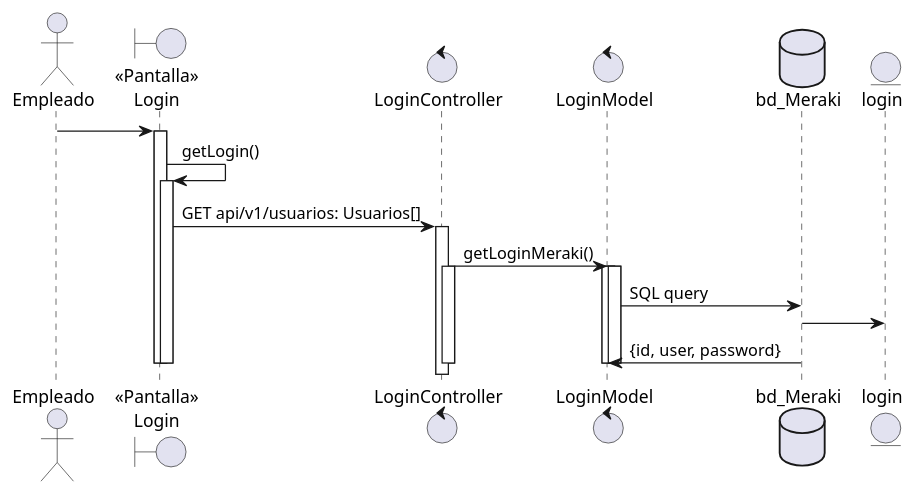
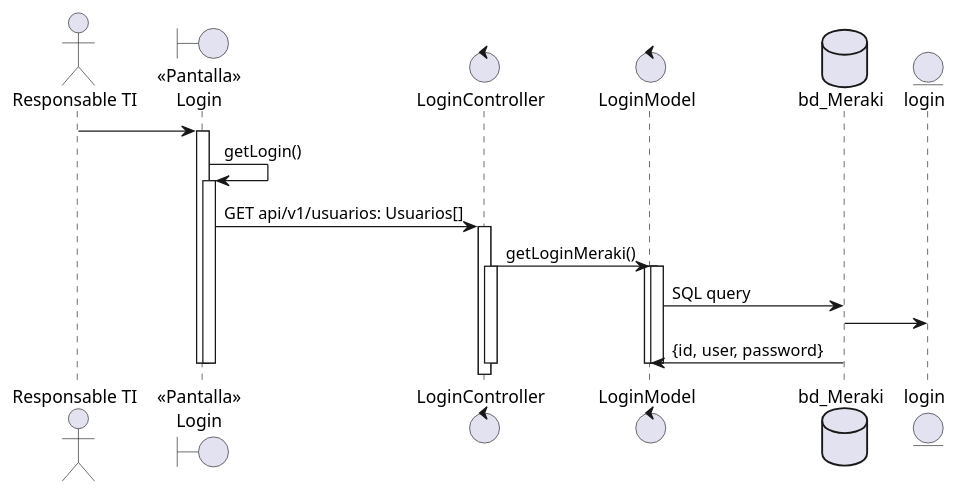
One commit to Forero15/DesarrolloSoftware changed the diagram in Cliente-Servidor/Diagrama_Secuencia/secuencia_login.plantuml. Above: the diagram before and after it, drawn with PlantUML. The commit also changed 1 other file, not shown here.

```diff
--- a/Cliente-Servidor/Diagrama_Secuencia/secuencia_login.plantuml
+++ b/Cliente-Servidor/Diagrama_Secuencia/secuencia_login.plantuml
@@ -1,28 +1,28 @@
 @startuml
-actor "Empleado" as actorEmpleado
+actor "Responsable TI" as actorEmpleado
 boundary "<<Pantalla>>\nLogin" as boundryPantallaLogin
 
 actorEmpleado -> boundryPantallaLogin
 activate boundryPantallaLogin
     boundryPantallaLogin -> boundryPantallaLogin: getLogin()
     activate boundryPantallaLogin
         control "LoginController" as LoginController
             control "LoginModel" as LoginModel
             boundryPantallaLogin -> LoginController: GET api/v1/usuarios: Usuarios[]
             activate LoginController
                 LoginController -> LoginModel: getLoginMeraki()
                 activate LoginController
                     database "bd_Meraki" as bd_Meraki
                     entity login
                     activate LoginModel
                         activate LoginModel
                             LoginModel -> bd_Meraki: SQL query
                             bd_Meraki -> login
                             bd_Meraki -> LoginModel: {id, user, password}
                         deactivate
                     deactivate
                 deactivate
             deactivate    
         deactivate
     deactivate
 @enduml
```
